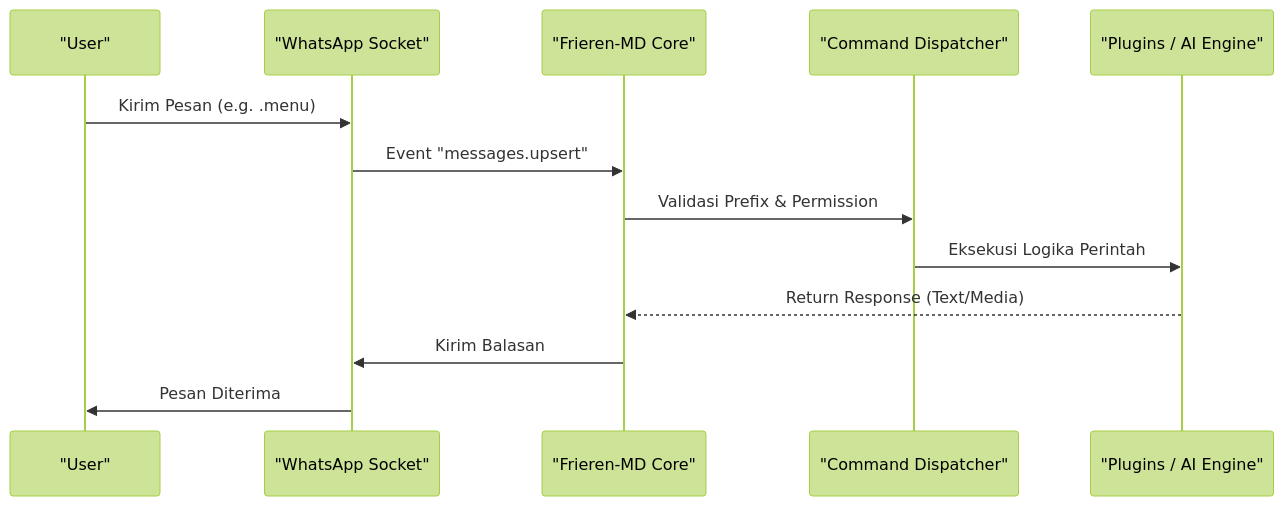
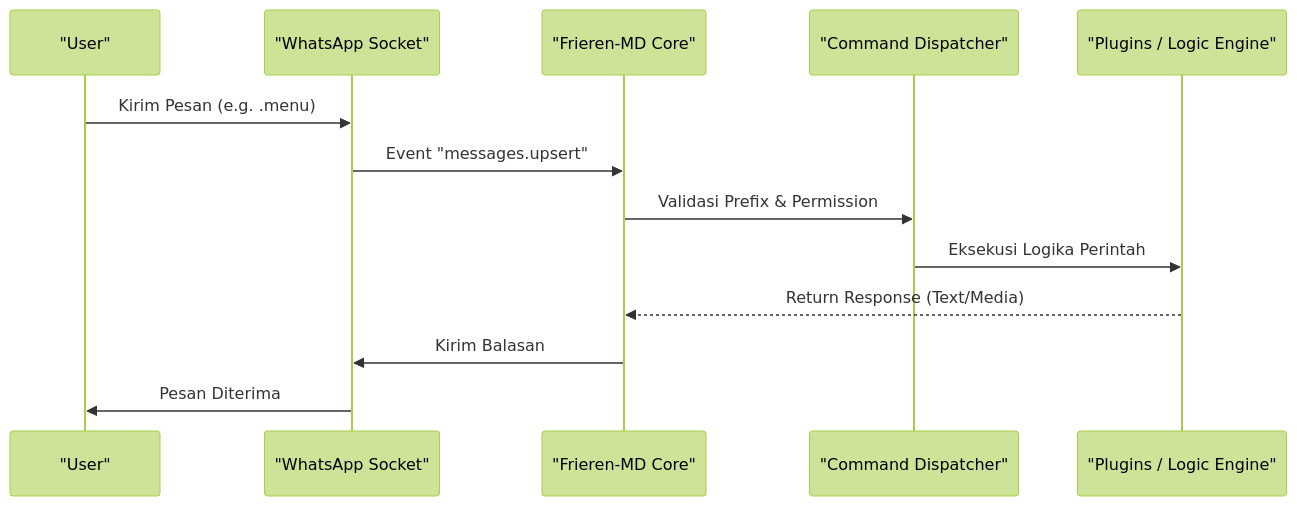
Before and after one commit to CYBER-x-SACHIYA-SL-MD-BOT/Frieren-MD: the first of 2 diagrams in README.md, drawn with Mermaid (forest theme). The commit also changed other lines of this file, not shown here.

````diff
--- a/README.md
+++ b/README.md
@@ -77,16 +66,16 @@
 ```mermaid
 sequenceDiagram
     participant U as "User"
     participant W as "WhatsApp Socket"
     participant B as "Frieren-MD Core"
     participant D as "Command Dispatcher"
-    participant P as "Plugins / AI Engine"
+    participant P as "Plugins / Logic Engine"
 
     U->>W: Kirim Pesan (e.g. .menu)
     W->>B: Event "messages.upsert"
     B->>D: Validasi Prefix & Permission
     D->>P: Eksekusi Logika Perintah
     P-->>B: Return Response (Text/Media)
     B->>W: Kirim Balasan
     W->>U: Pesan Diterima
 ```
````
